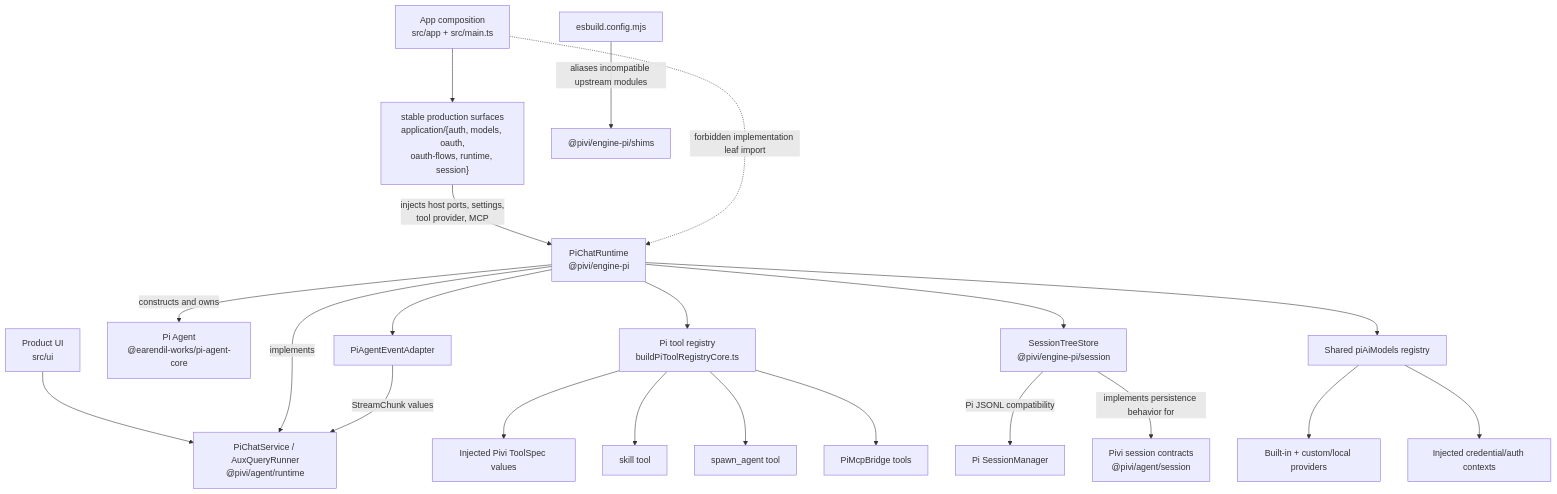
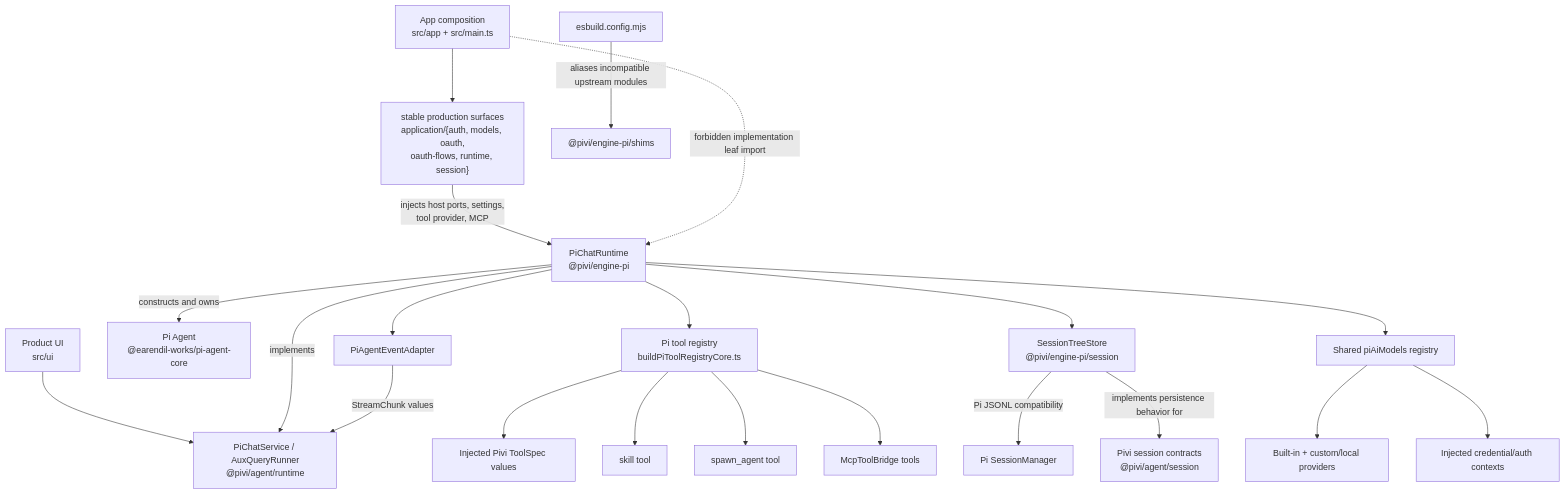
The diagram in packages/engine-pi/AGENTS.md (shuuul/obsidian-pivi), drawn with Mermaid before and after one commit. The commit also changed other lines of this file and 679 other files, not shown here.

````diff
--- a/packages/engine-pi/AGENTS.md
+++ b/packages/engine-pi/AGENTS.md
@@ -13,23 +13,23 @@
 ```mermaid
 flowchart TD
   App["App composition<br/>src/app + src/main.ts"] --> Surface["stable production surfaces<br/>application/{auth, models, oauth,<br/>oauth-flows, runtime, session}"]
   Surface -- "injects host ports, settings,<br/>tool provider, MCP" --> Runtime["PiChatRuntime<br/>@pivi/engine-pi"]
   UI["Product UI<br/>src/ui"] --> Contract["PiChatService / AuxQueryRunner<br/>@pivi/agent/runtime"]
   Runtime -- "implements" --> Contract
   Runtime -- "constructs and owns" --> Agent["Pi Agent<br/>@earendil-works/pi-agent-core"]
   Runtime --> Registry["Pi tool registry<br/>buildPiToolRegistryCore.ts"]
   Registry --> BaseTools["Injected Pivi ToolSpec values"]
   Registry --> Skill["skill tool"]
   Registry --> Subagent["spawn_agent tool"]
-  Registry --> MCP["PiMcpBridge tools"]
+  Registry --> MCP["McpToolBridge tools"]
   Runtime --> Adapter["PiAgentEventAdapter"]
   Adapter -- "StreamChunk values" --> Contract
   Runtime --> Tree["SessionTreeStore<br/>@pivi/engine-pi/session"]
   Tree -- "Pi JSONL compatibility" --> PiSession["Pi SessionManager"]
   Tree -- "implements persistence behavior for" --> SessionContracts["Pivi session contracts<br/>@pivi/agent/session"]
   Runtime --> Models["Shared piAiModels registry"]
   Models --> Providers["Built-in + custom/local providers"]
   Models --> Auth["Injected credential/auth contexts"]
   Build["esbuild.config.mjs"] -- "aliases incompatible upstream modules" --> Shims["@pivi/engine-pi/shims"]
   App -. "forbidden implementation leaf import" .-> Runtime
 ```
````
